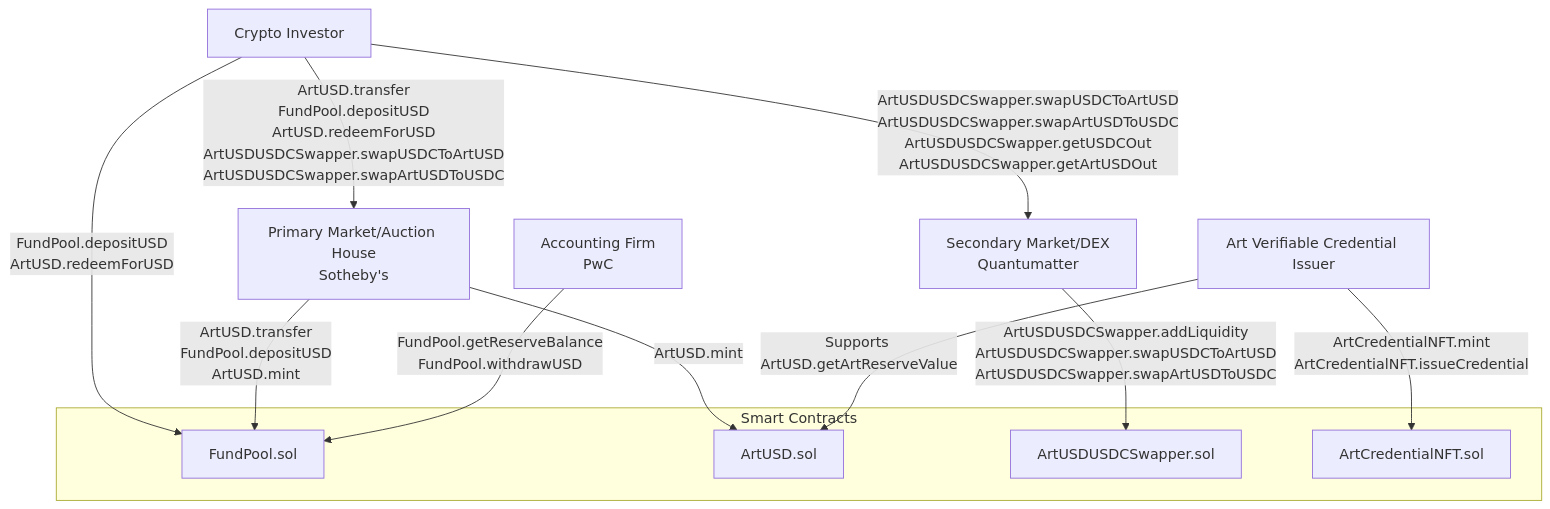
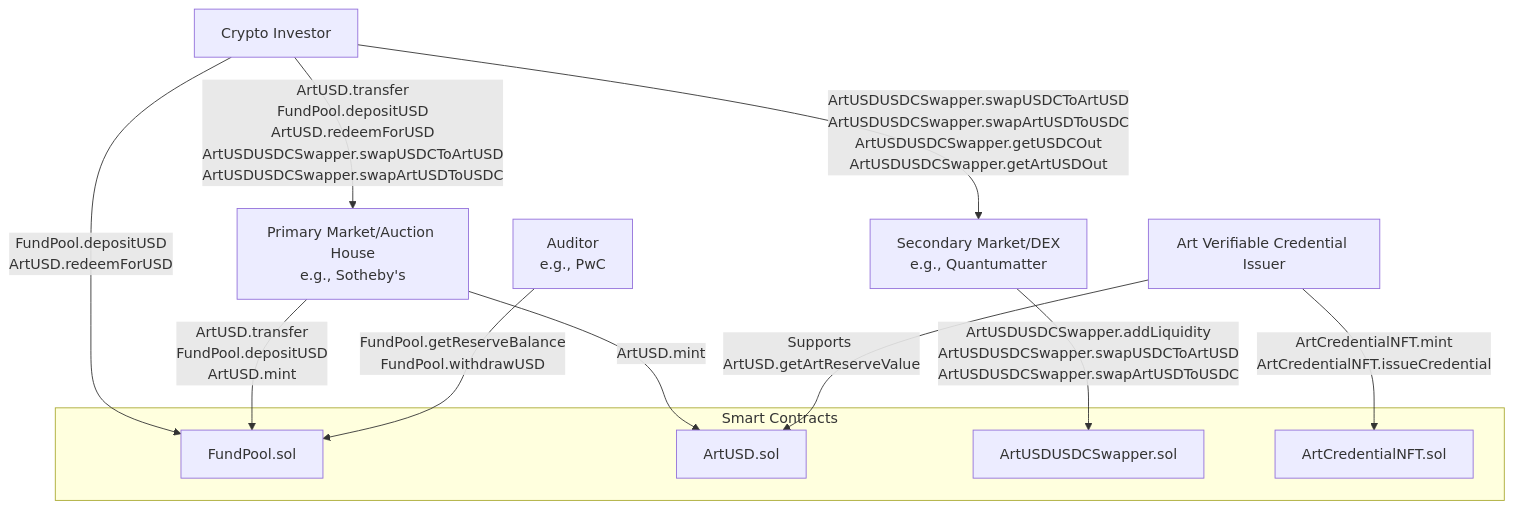
The diagram in README.md (realmatterio/ArtUSD), drawn with Mermaid before and after one commit. The commit also changed other lines of this file, not shown here.

````diff
--- a/README.md
+++ b/README.md
@@ -44,23 +49,23 @@
 ```mermaid
 graph TD
-    A[Crypto Investor] -->|ArtUSD.transfer<br>FundPool.depositUSD<br>ArtUSD.redeemForUSD<br>ArtUSDUSDCSwapper.swapUSDCToArtUSD<br>ArtUSDUSDCSwapper.swapArtUSDToUSDC| B[Primary Market/Auction House<br>Sotheby's]
-    A -->|ArtUSDUSDCSwapper.swapUSDCToArtUSD<br>ArtUSDUSDCSwapper.swapArtUSDToUSDC<br>ArtUSDUSDCSwapper.getUSDCOut<br>ArtUSDUSDCSwapper.getArtUSDOut| C[Secondary Market/DEX<br>Quantumatter]
+    A[Crypto Investor] -->|ArtUSD.transfer<br>FundPool.depositUSD<br>ArtUSD.redeemForUSD<br>ArtUSDUSDCSwapper.swapUSDCToArtUSD<br>ArtUSDUSDCSwapper.swapArtUSDToUSDC| B[Primary Market/Auction House<br>e.g., Sotheby's]
+    A -->|ArtUSDUSDCSwapper.swapUSDCToArtUSD<br>ArtUSDUSDCSwapper.swapArtUSDToUSDC<br>ArtUSDUSDCSwapper.getUSDCOut<br>ArtUSDUSDCSwapper.getArtUSDOut| C[Secondary Market/DEX<br>e.g., Quantumatter]
     A -->|FundPool.depositUSD<br>ArtUSD.redeemForUSD| D[FundPool.sol]
     
     B -->|ArtUSD.transfer<br>FundPool.depositUSD<br>ArtUSD.mint| D
     B -->|ArtUSD.mint| E[ArtUSD.sol]
     
     C -->|ArtUSDUSDCSwapper.addLiquidity<br>ArtUSDUSDCSwapper.swapUSDCToArtUSD<br>ArtUSDUSDCSwapper.swapArtUSDToUSDC| F[ArtUSDUSDCSwapper.sol]
     
     G[Art Verifiable Credential Issuer] -->|ArtCredentialNFT.mint<br>ArtCredentialNFT.issueCredential| H[ArtCredentialNFT.sol]
     G -->|Supports ArtUSD.getArtReserveValue| E
     
-    I[Accounting Firm<br>PwC] -->|FundPool.getReserveBalance<br>FundPool.withdrawUSD| D
+    I[Auditor<br>e.g., PwC] -->|FundPool.getReserveBalance<br>FundPool.withdrawUSD| D
     
     subgraph Smart Contracts
         E[ArtUSD.sol]
         D[FundPool.sol]
         F[ArtUSDUSDCSwapper.sol]
         H[ArtCredentialNFT.sol]
     end
 ```
````
